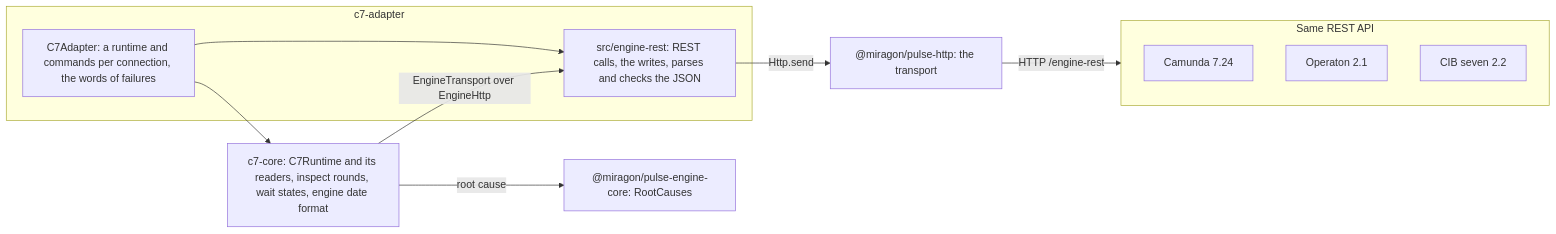
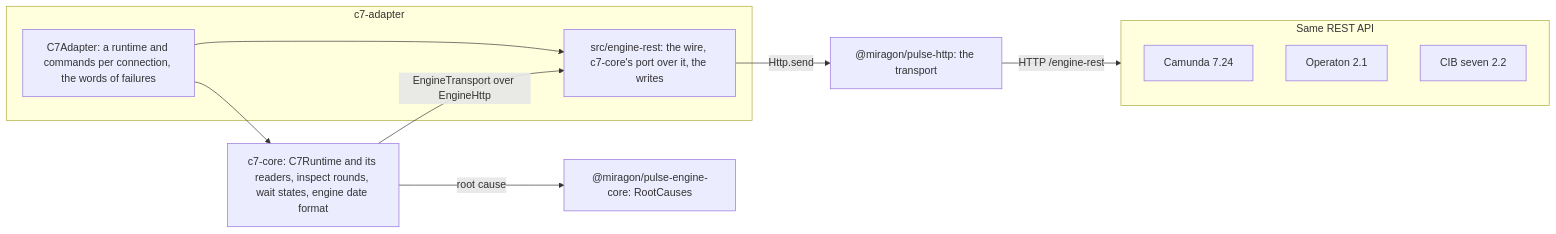
Before and after one commit to Miragon/pulse: the diagram in apps/vscode/docs/adr/c7-adapter.md, drawn with Mermaid. The commit also changed other lines of this file and 30 other files, not shown here.

````diff
--- a/apps/vscode/docs/adr/c7-adapter.md
+++ b/apps/vscode/docs/adr/c7-adapter.md
@@ -13,20 +13,20 @@
 ```mermaid
 flowchart LR
   subgraph adapter [c7-adapter]
     entry[C7Adapter: a runtime and commands per connection, the words of failures]
-    rest[src/engine-rest: REST calls, the writes, parses and checks the JSON]
+    rest[src/engine-rest: the wire, c7-core's port over it, the writes]
   end
   core[c7-core: C7Runtime and its readers, inspect rounds, wait states, engine date format]
   rules["@miragon/pulse-engine-core: RootCauses"]
   entry --> core
   entry --> rest
   core -- "EngineTransport over EngineHttp" --> rest
   rest -- "Http.send" --> wire["@miragon/pulse-http: the transport"]
   core -- root cause --> rules
   subgraph family [Same REST API]
     camunda7[Camunda 7.24]
     operaton[Operaton 2.1]
     cibseven[CIB seven 2.2]
   end
   wire -- HTTP /engine-rest --> family
 ```
````
